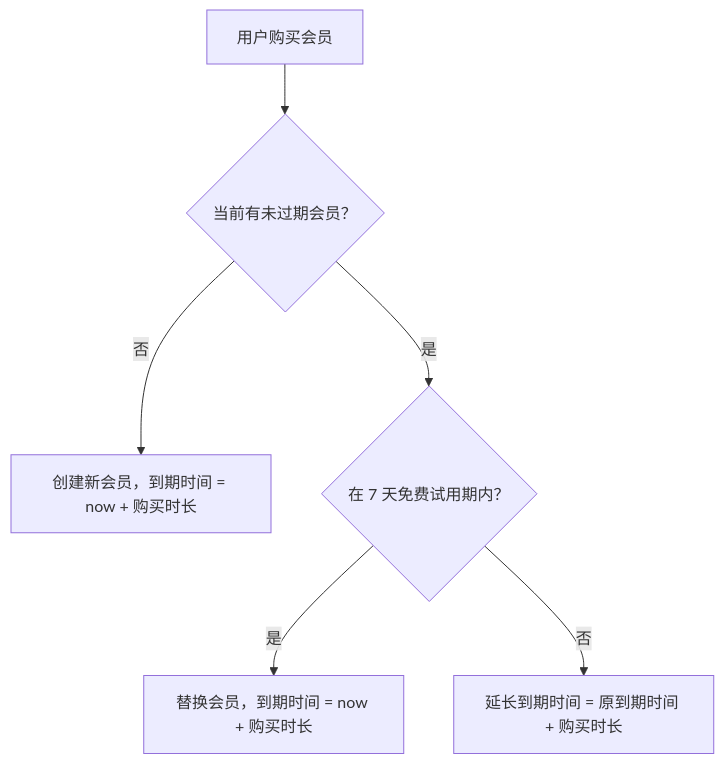
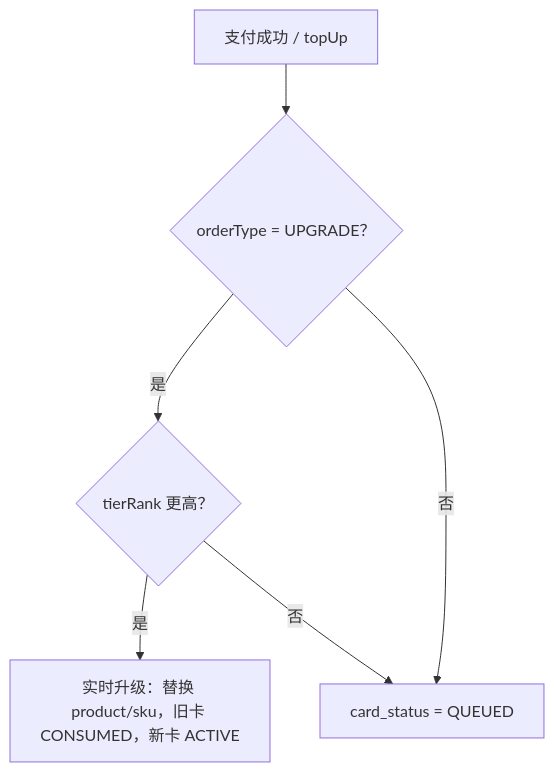
One commit to yongjinhuang/yongjinhuang.github.io changed the sixth of 15 diagrams in public/interviews/SUPPR_CORE_FEATURES.md. Above: the diagram before and after it, drawn with Mermaid. The commit also changed other lines of this file, not shown here.

````diff
--- a/public/interviews/SUPPR_CORE_FEATURES.md
+++ b/public/interviews/SUPPR_CORE_FEATURES.md
@@ -553,8 +557,8 @@
 ```mermaid
 graph TD
-    A[用户购买会员] --> B{当前有未过期会员？}
-    B -->|否| C[创建新会员，到期时间 = now + 购买时长]
-    B -->|是| D{在 7 天免费试用期内？}
-    D -->|是| E[替换会员，到期时间 = now + 购买时长]
-    D -->|否| F[延长到期时间 = 原到期时间 + 购买时长]
+    A["支付成功 / topUp"] --> B{"orderType = UPGRADE？"}
+    B -->|是| C{"tierRank 更高？"}
+    C -->|是| D["实时升级：替换 product/sku，旧卡 CONSUMED，新卡 ACTIVE"]
+    C -->|否| E["card_status = QUEUED"]
+    B -->|否| E
 ```
````
